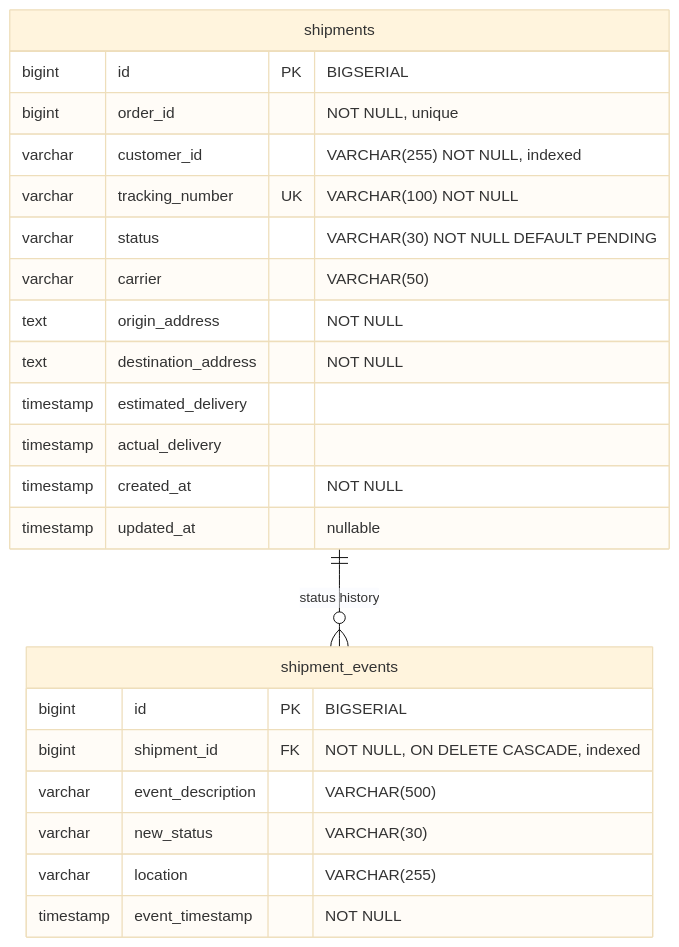
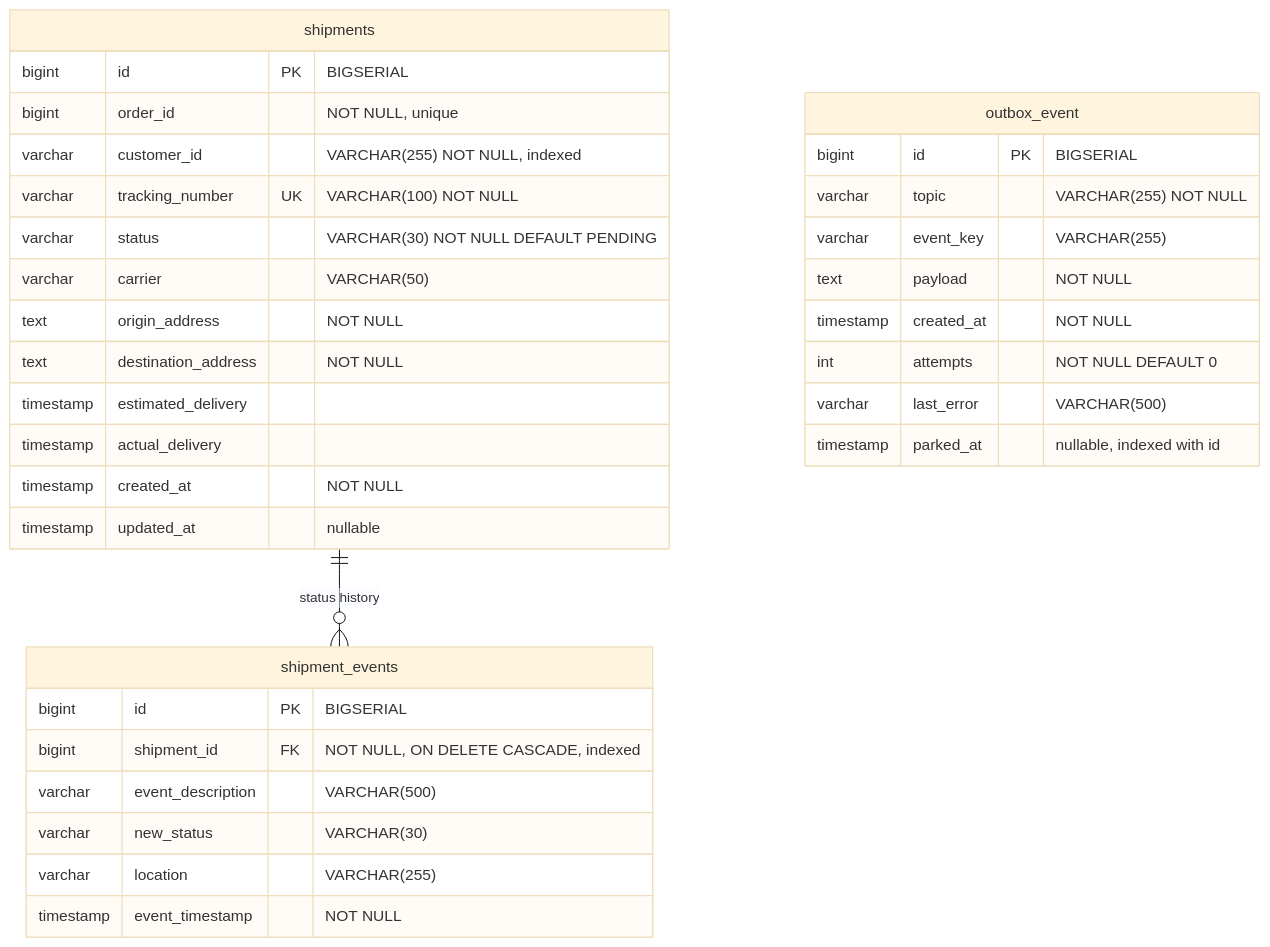
Before and after one commit to bmcnpnr/ecommerce-platform: the third of 3 diagrams in docs/services/shipping-service.md, drawn with Mermaid (base theme). The commit also changed other lines of this file and 58 other files, not shown here.

````diff
--- a/docs/services/shipping-service.md
+++ b/docs/services/shipping-service.md
@@ -286,26 +324,36 @@
 ```mermaid
 erDiagram
     shipments ||--o{ shipment_events : "status history"
     shipments {
         bigint id PK "BIGSERIAL"
         bigint order_id "NOT NULL, unique"
         varchar customer_id "VARCHAR(255) NOT NULL, indexed"
         varchar tracking_number UK "VARCHAR(100) NOT NULL"
         varchar status "VARCHAR(30) NOT NULL DEFAULT PENDING"
         varchar carrier "VARCHAR(50)"
         text origin_address "NOT NULL"
         text destination_address "NOT NULL"
         timestamp estimated_delivery
         timestamp actual_delivery
         timestamp created_at "NOT NULL"
         timestamp updated_at "nullable"
     }
     shipment_events {
         bigint id PK "BIGSERIAL"
         bigint shipment_id FK "NOT NULL, ON DELETE CASCADE, indexed"
         varchar event_description "VARCHAR(500)"
         varchar new_status "VARCHAR(30)"
         varchar location "VARCHAR(255)"
         timestamp event_timestamp "NOT NULL"
     }
+    outbox_event {
+        bigint id PK "BIGSERIAL"
+        varchar topic "VARCHAR(255) NOT NULL"
+        varchar event_key "VARCHAR(255)"
+        text payload "NOT NULL"
+        timestamp created_at "NOT NULL"
+        int attempts "NOT NULL DEFAULT 0"
+        varchar last_error "VARCHAR(500)"
+        timestamp parked_at "nullable, indexed with id"
+    }
 ```
````
